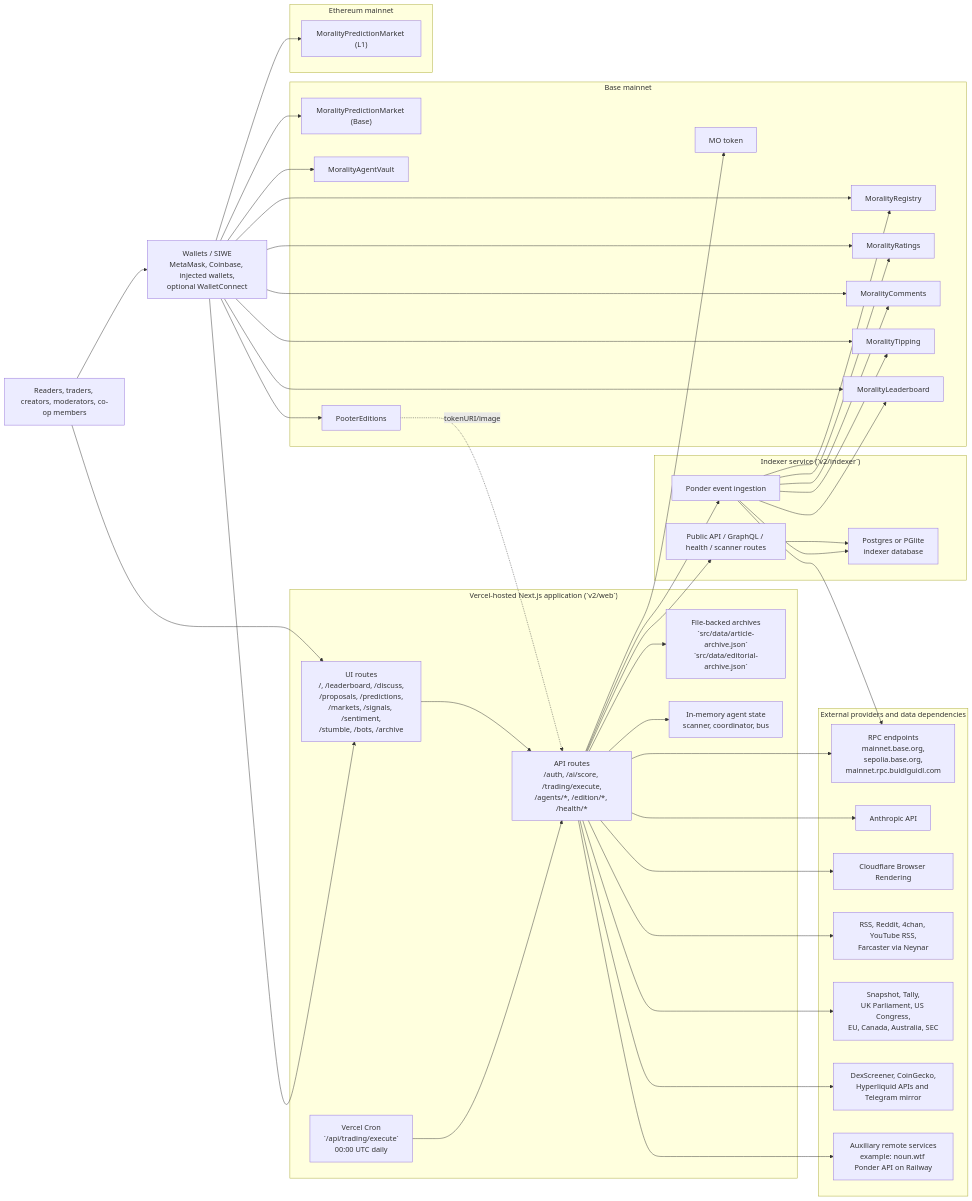
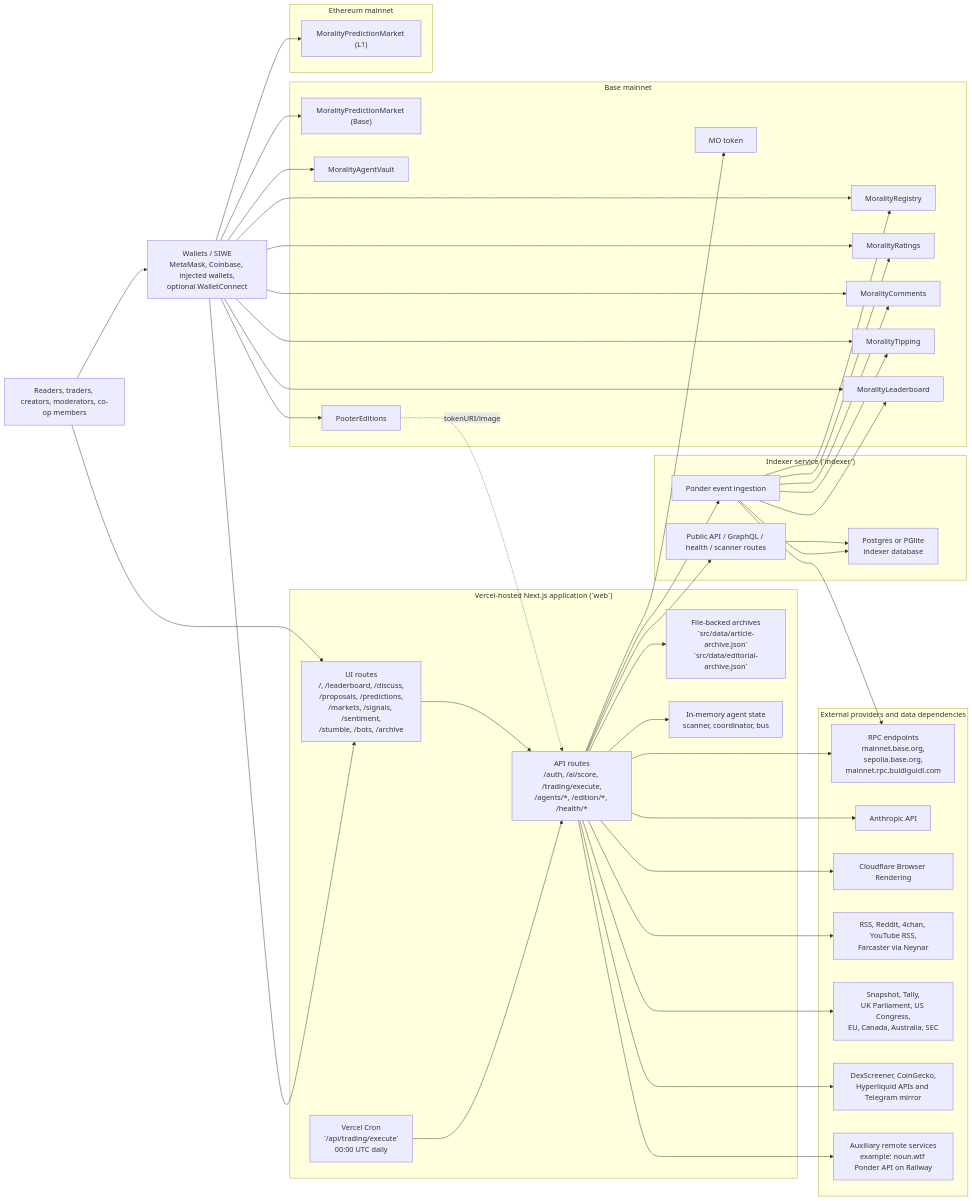
The first of 2 diagrams in docs/POOTER_WORLD_ARCHITECTURE_REPORT.md (snaveoguh/morality-network), drawn with Mermaid before and after one commit. The commit also changed other lines of this file and 34 other files, not shown here.

```diff
--- a/docs/POOTER_WORLD_ARCHITECTURE_REPORT.md
+++ b/docs/POOTER_WORLD_ARCHITECTURE_REPORT.md
@@ -50,7 +50,7 @@
     Users["Readers, traders, creators, moderators, co-op members"]
     Wallets["Wallets / SIWE\nMetaMask, Coinbase, injected wallets,\noptional WalletConnect"]
 
-    subgraph Vercel["Vercel-hosted Next.js application (`v2/web`)"]
+    subgraph Vercel["Vercel-hosted Next.js application (`web`)"]
         WebUI["UI routes\n/, /leaderboard, /discuss,\n/proposals, /predictions,\n/markets, /signals, /sentiment,\n/stumble, /bots, /archive"]
         Api["API routes\n/auth, /ai/score, /trading/execute,\n/agents/*, /edition/*, /health/*"]
         Cron["Vercel Cron\n`/api/trading/execute`\n00:00 UTC daily"]
@@ -58,7 +58,7 @@
         MemoryStore["In-memory agent state\nscanner, coordinator, bus"]
     end
 
-    subgraph Indexer["Indexer service (`v2/indexer`)"]
+    subgraph Indexer["Indexer service (`indexer`)"]
         Ponder["Ponder event ingestion"]
         Hono["Public API / GraphQL / health / scanner routes"]
         Pg["Postgres or PGlite\nindexer database"]
```
